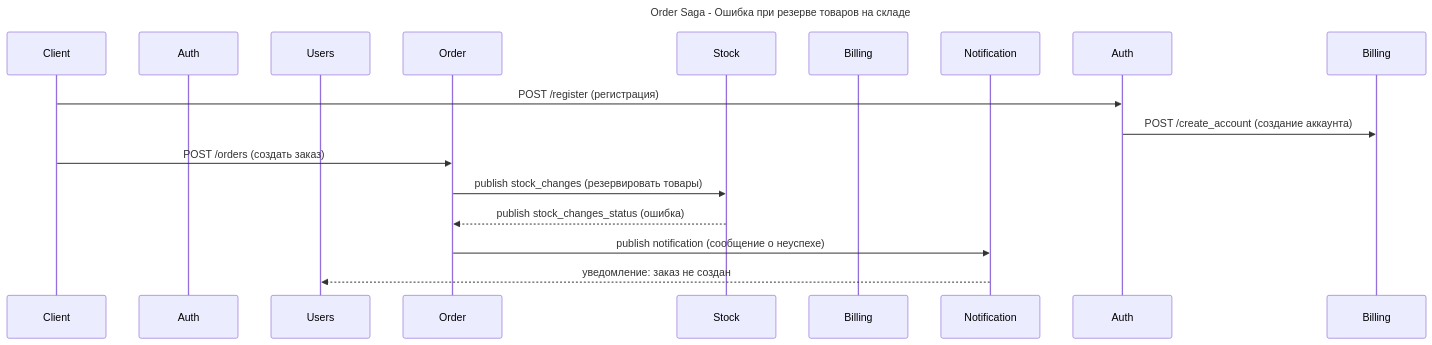
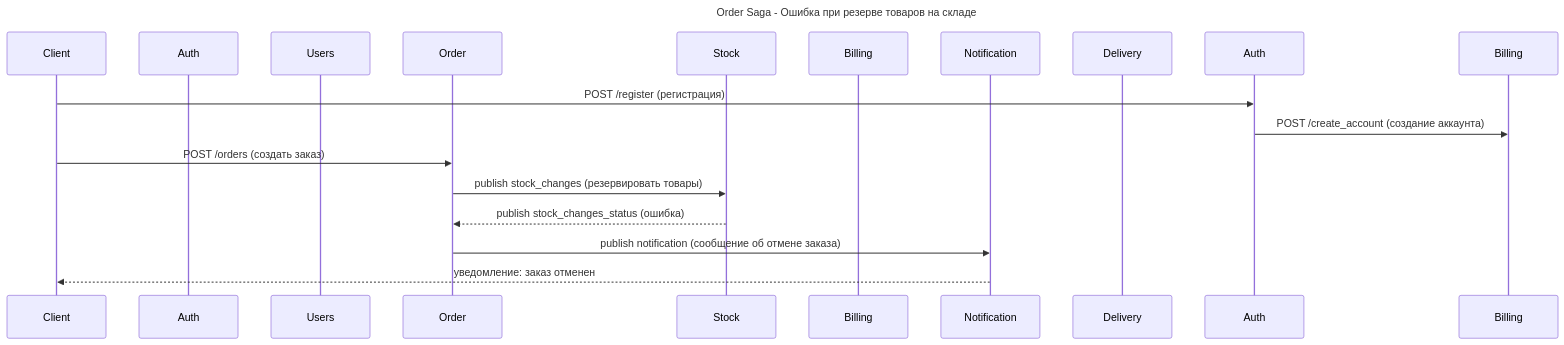
The second of 4 diagrams in README.md (maksonday/miniapp), drawn with Mermaid before and after one commit. The commit also changed other lines of this file and 3 other files, not shown here.

````diff
--- a/README.md
+++ b/README.md
@@ -115,23 +132,24 @@
 ```mermaid
 sequenceDiagram
     title Order Saga - Ошибка при резерве товаров на складе
 
     participant C as Client
     participant A as Auth
     participant U as Users
     participant O as Order
     participant S as Stock
     participant B as Billing
     participant N as Notification
+    participant D as Delivery
 
     C->>Auth: POST /register (регистрация)
     Auth->>Billing: POST /create_account (создание аккаунта)
 
     C->>O: POST /orders (создать заказ)
     
     O->>S: publish stock_changes (резервировать товары)
     S-->>O: publish stock_changes_status (ошибка)
 
-    O->>N: publish notification (сообщение о неуспехе)
-    N-->>U: уведомление: заказ не создан
+    O->>N: publish notification (сообщение об отмене заказа)
+    N-->>C: уведомление: заказ отменен
 ```
````
